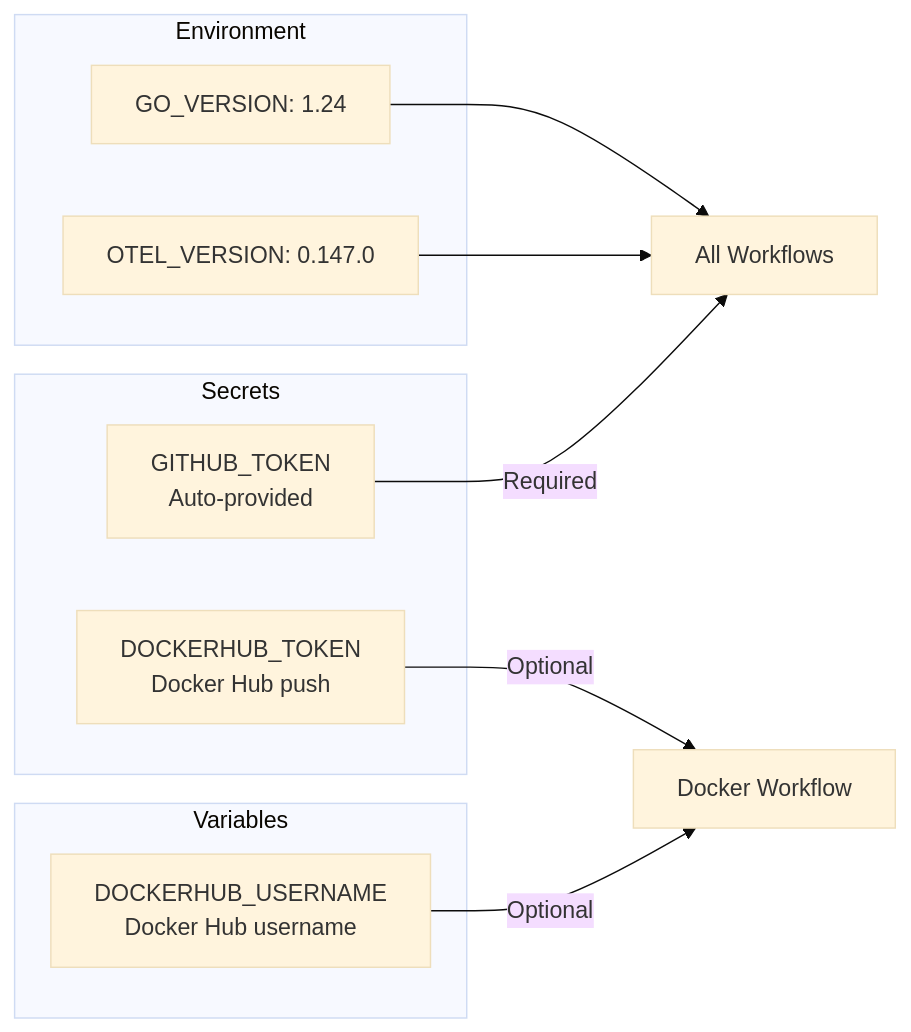
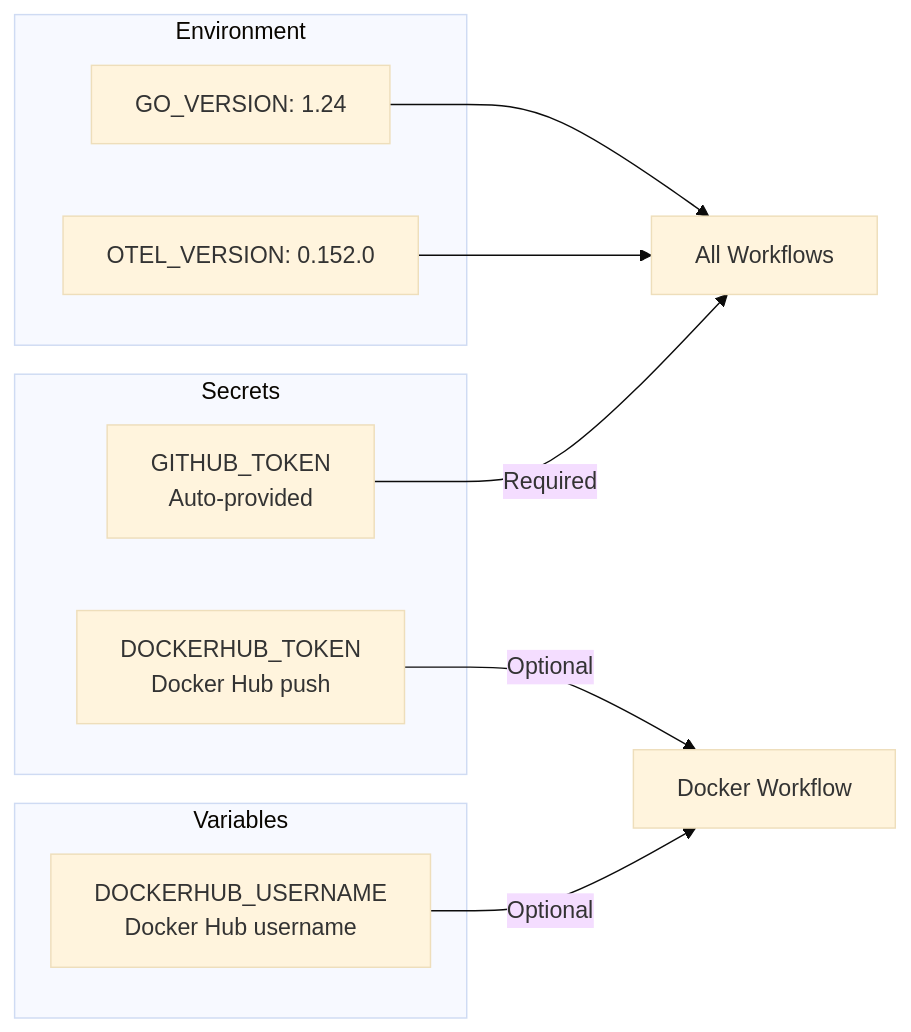
The tenth of 13 diagrams in docs/GITHUB-WORKFLOWS.md (telemetryflow/telemetryflow-collector), drawn with Mermaid (base theme) before and after one commit. The commit also changed other lines of this file and 28 other files, not shown here.

````diff
--- a/docs/GITHUB-WORKFLOWS.md
+++ b/docs/GITHUB-WORKFLOWS.md
@@ -352,22 +352,22 @@
 ```mermaid
 flowchart LR
     subgraph "Secrets"
         GH[GITHUB_TOKEN<br/>Auto-provided]
         DH[DOCKERHUB_TOKEN<br/>Docker Hub push]
     end
 
     subgraph "Variables"
         DHU[DOCKERHUB_USERNAME<br/>Docker Hub username]
     end
 
     subgraph "Environment"
         GO[GO_VERSION: 1.24]
-        OTEL[OTEL_VERSION: 0.147.0]
+        OTEL[OTEL_VERSION: 0.152.0]
     end
 
     GH --> |Required| ALL[All Workflows]
     DH --> |Optional| DOCKER[Docker Workflow]
     DHU --> |Optional| DOCKER
     GO --> ALL
     OTEL --> ALL
 ```
````
